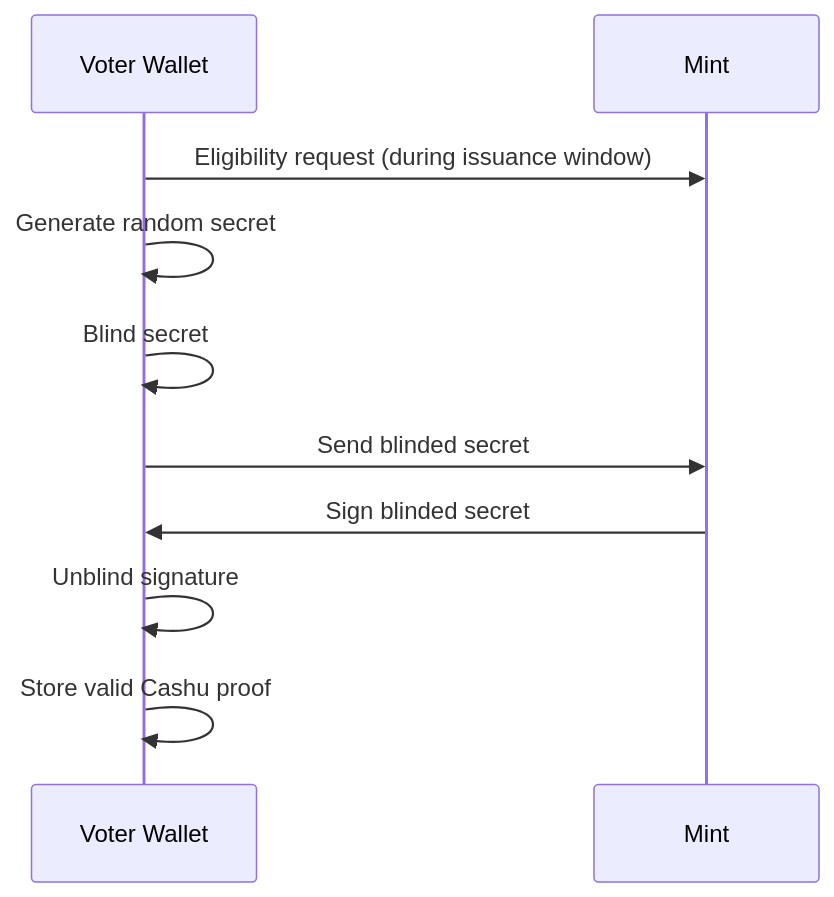
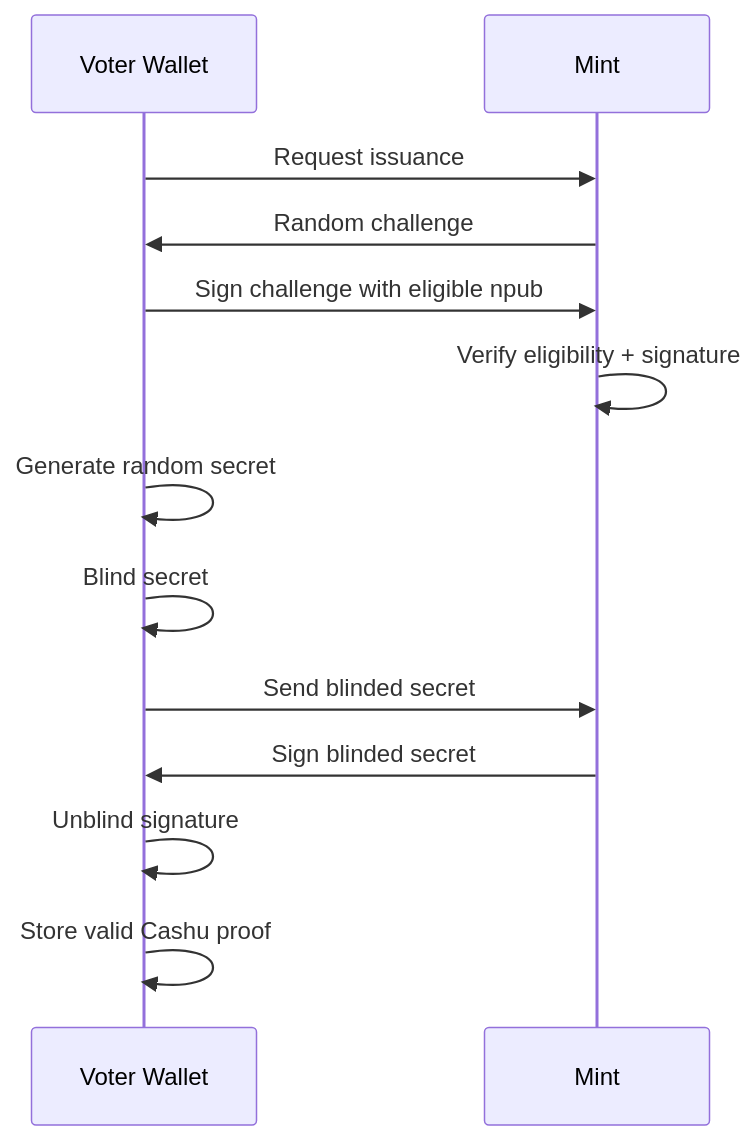
Before and after one commit to tidley/auditable-voting: the second of 5 diagrams in docs/self-service-issuance-3-mint-model.md, drawn with Mermaid. The commit also changed other lines of this file and 2 other files, not shown here.

Commit message:
gated issuance

````diff
--- a/docs/self-service-issuance-3-mint-model.md
+++ b/docs/self-service-issuance-3-mint-model.md
@@ -86,13 +89,16 @@
 ```mermaid
 sequenceDiagram
     participant V as Voter Wallet
     participant M as Mint
 
-    V->>M: Eligibility request (during issuance window)
+    V->>M: Request issuance
+    M->>V: Random challenge
+    V->>M: Sign challenge with eligible npub
+    M->>M: Verify eligibility + signature
     V->>V: Generate random secret
     V->>V: Blind secret
     V->>M: Send blinded secret
     M->>V: Sign blinded secret
     V->>V: Unblind signature
     V->>V: Store valid Cashu proof
 ```
````
